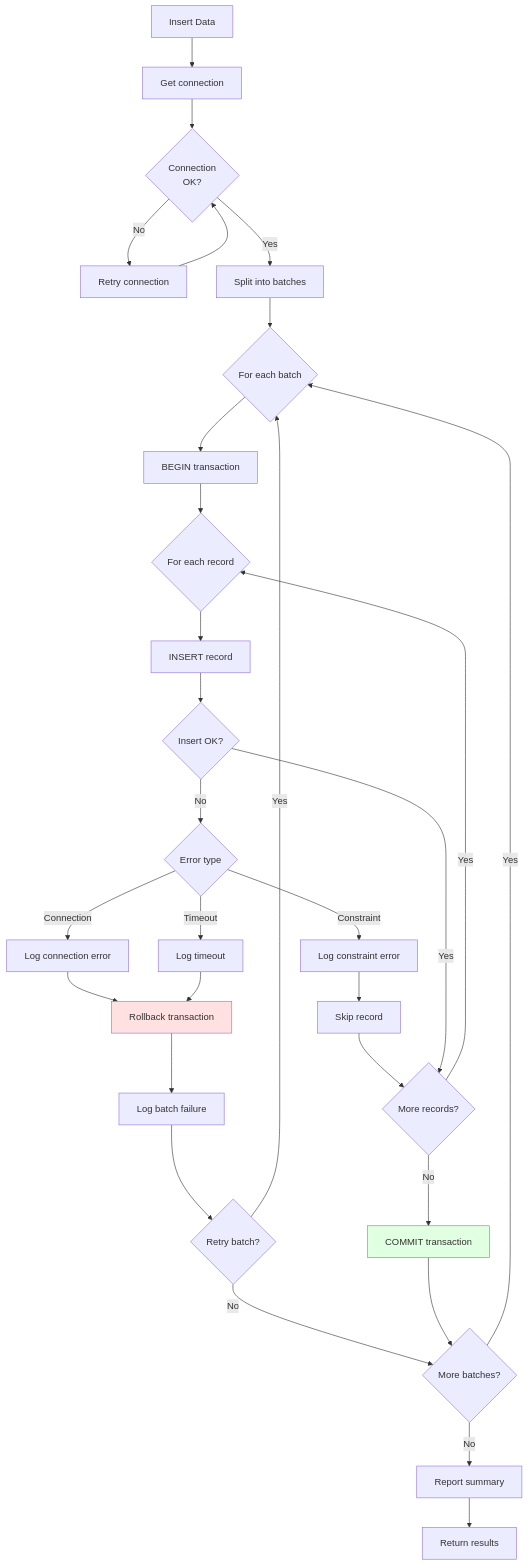
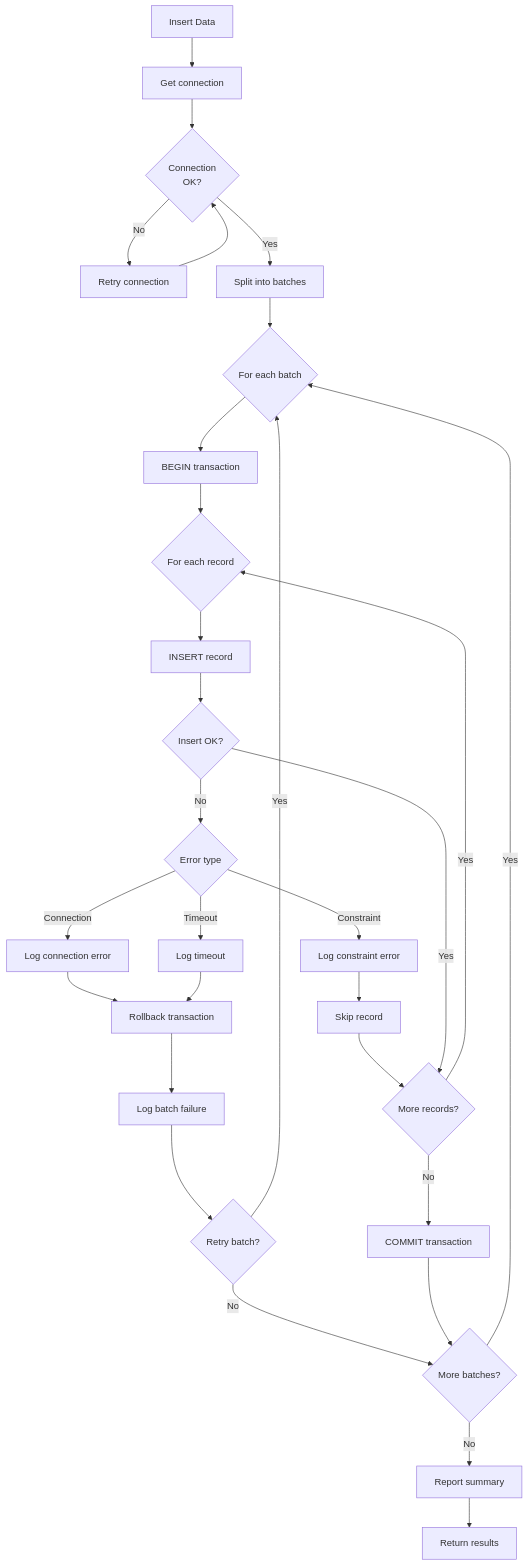
Before and after one commit to DaxServer/geocode-commons-categories: diagram 14 of 19 in docs/import/error-handling.md, drawn with Mermaid. The commit also changed other lines of this file and 5 other files, not shown here.

````diff
--- a/docs/import/error-handling.md
+++ b/docs/import/error-handling.md
@@ -620,54 +589,52 @@
 ```mermaid
 graph TD
     START[Insert Data] --> CONNECT[Get connection]
 
     CONNECT --> CONN_OK{Connection<br/>OK?}
 
     CONN_OK -->|No| RETRY_CONN[Retry connection]
     CONN_OK -->|Yes| SPLIT[Split into batches]
 
     RETRY_CONN --> CONN_OK
 
     SPLIT --> BATCH_LOOP{For each batch}
 
     BATCH_LOOP --> BEGIN_TX[BEGIN transaction]
 
     BEGIN_TX --> INSERT_LOOP{For each record}
 
     INSERT_LOOP --> INSERT[INSERT record]
 
     INSERT --> INSERT_OK{Insert OK?}
 
     INSERT_OK -->|No| CHECK_ERROR{Error type}
 
     CHECK_ERROR -->|Constraint| LOG_CONSTRAINT[Log constraint error]
     CHECK_ERROR -->|Connection| LOG_CONN[Log connection error]
     CHECK_ERROR -->|Timeout| LOG_TIMEOUT[Log timeout]
 
     LOG_CONSTRAINT --> SKIP_RECORD[Skip record]
     LOG_CONN --> ROLLBACK[Rollback transaction]
     LOG_TIMEOUT --> ROLLBACK
 
     SKIP_RECORD --> MORE_INSERTS{More records?}
 
     INSERT_OK -->|Yes| MORE_INSERTS
 
     MORE_INSERTS -->|Yes| INSERT_LOOP
     MORE_INSERTS -->|No| COMMIT[COMMIT transaction]
 
     ROLLBACK --> LOG_BATCH[Log batch failure]
     LOG_BATCH --> CHECK_RETRY{Retry batch?}
 
     CHECK_RETRY -->|Yes| BATCH_LOOP
     CHECK_RETRY -->|No| MORE_BATCHES{More batches?}
 
     COMMIT --> MORE_BATCHES
 
     MORE_BATCHES -->|Yes| BATCH_LOOP
     MORE_BATCHES -->|No| REPORT[Report summary]
 
     REPORT --> END[Return results]
 
-    style COMMIT fill:#e1ffe1
-    style ROLLBACK fill:#ffe1e1
 ```
````
